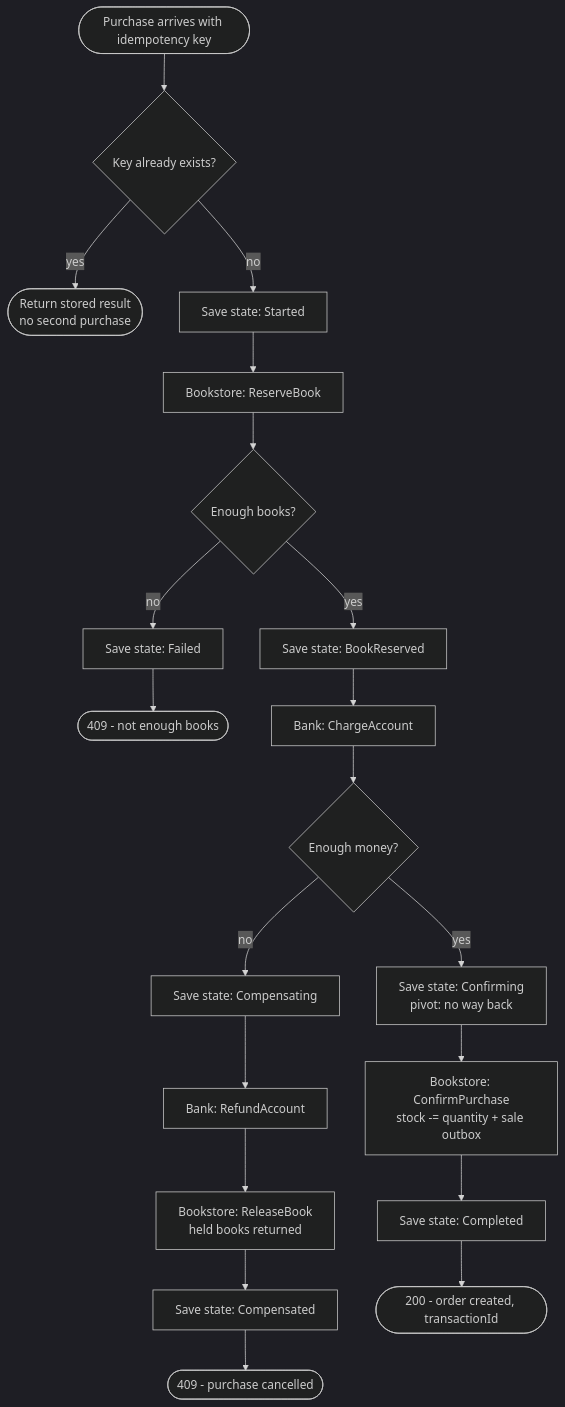
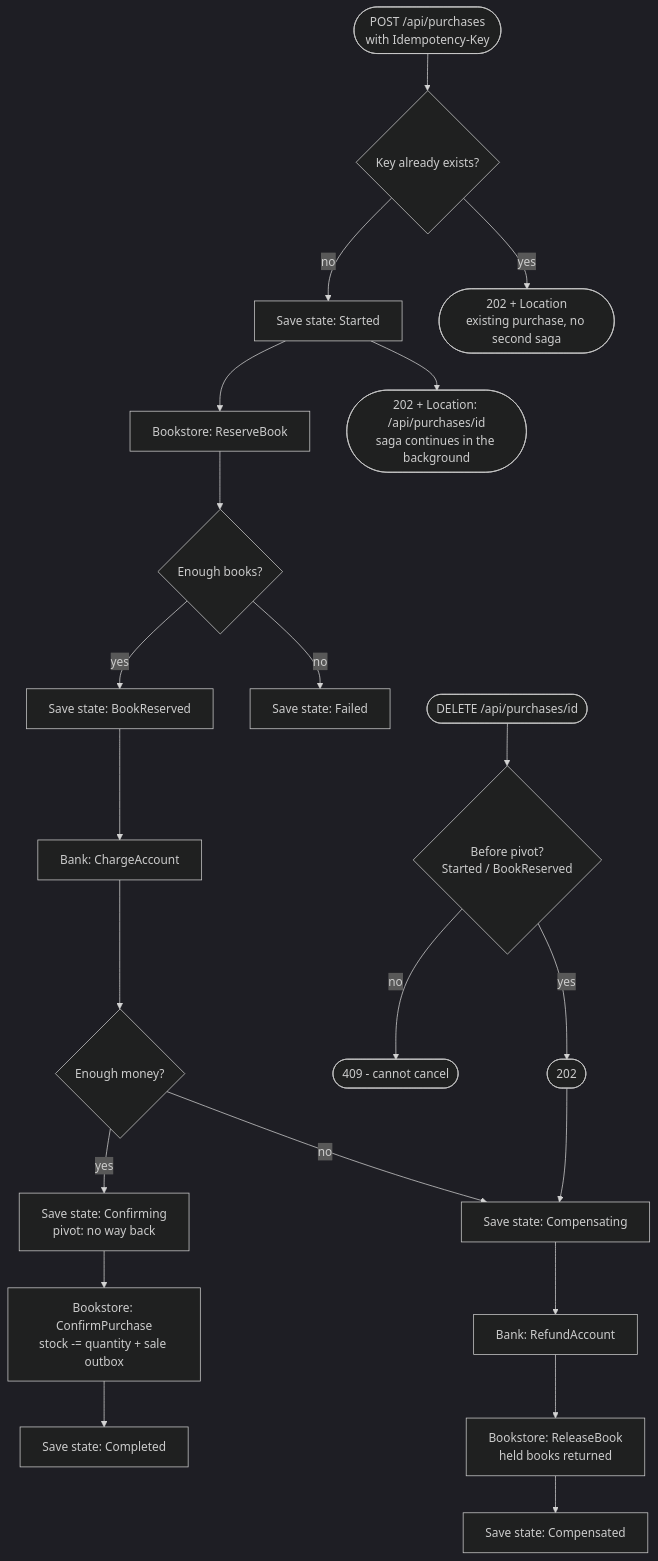
One commit to dusvn/Cloud-Computing-Task changed the second of 2 diagrams in README.md. Above: the diagram before and after it, drawn with Mermaid (dark theme). The commit also changed other lines of this file, not shown here.

Commit message:
update diagram

````diff
--- a/README.md
+++ b/README.md
@@ -20,23 +22,27 @@
 ```mermaid
 flowchart TD
-    A([Purchase arrives with idempotency key]) --> B{Key already exists?}
-    B -- yes --> B1([Return stored result<br/>no second purchase])
+    A([POST /api/purchases<br/>with Idempotency-Key]) --> B{Key already exists?}
+    B -- yes --> B1([202 + Location<br/>existing purchase, no second saga])
     B -- no --> C[Save state: Started]
+    C --> C1([202 + Location: /api/purchases/id<br/>saga continues in the background])
 
     C --> D[Bookstore: ReserveBook]
     D --> E{Enough books?}
-    E -- no --> E1[Save state: Failed] --> E2([409 - not enough books])
+    E -- no --> E1[Save state: Failed]
     E -- yes --> F[Save state: BookReserved]
 
     F --> G[Bank: ChargeAccount]
     G --> H{Enough money?}
     H -- no --> I[Save state: Compensating]
     I --> I1[Bank: RefundAccount]
     I1 --> I2[Bookstore: ReleaseBook<br/>held books returned]
-    I2 --> I3[Save state: Compensated] --> I4([409 - purchase cancelled])
+    I2 --> I3[Save state: Compensated]
 
     H -- yes --> J[Save state: Confirming<br/>pivot: no way back]
     J --> K[Bookstore: ConfirmPurchase<br/>stock -= quantity + sale outbox]
     K --> L[Save state: Completed]
-    L --> M([200 - order created, transactionId])
+
+    X([DELETE /api/purchases/id]) --> Y{Before pivot?<br/>Started / BookReserved}
+    Y -- yes --> Y1([202]) --> I
+    Y -- no --> Y2([409 - cannot cancel])
 ```
````
